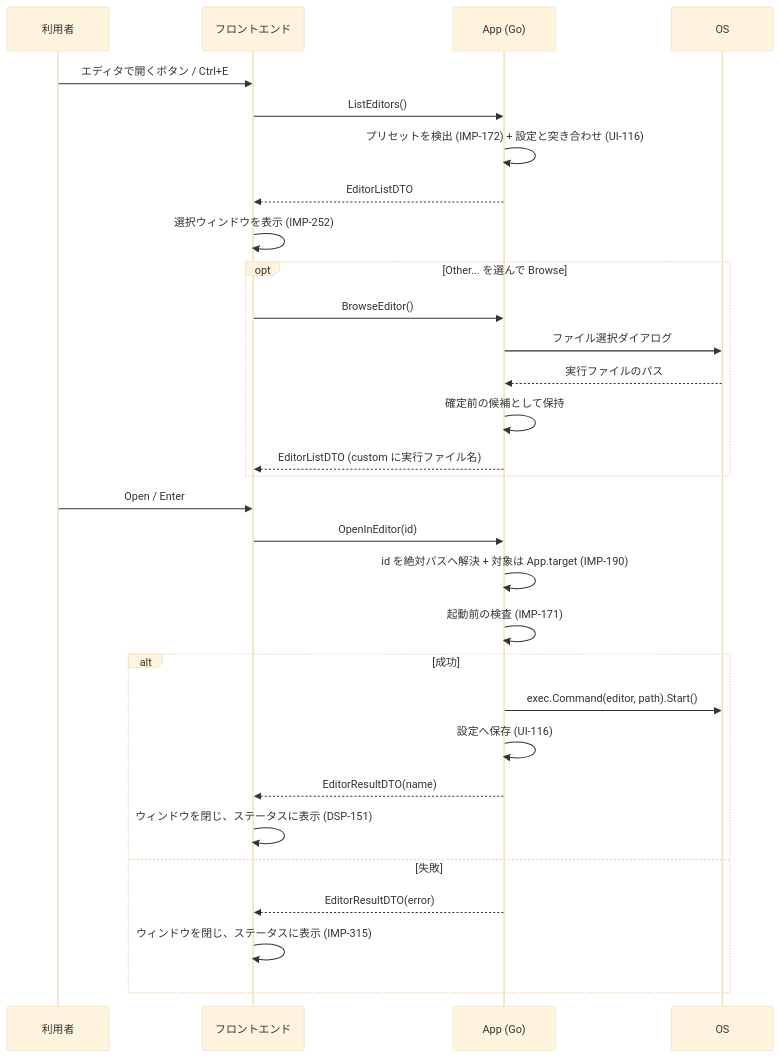
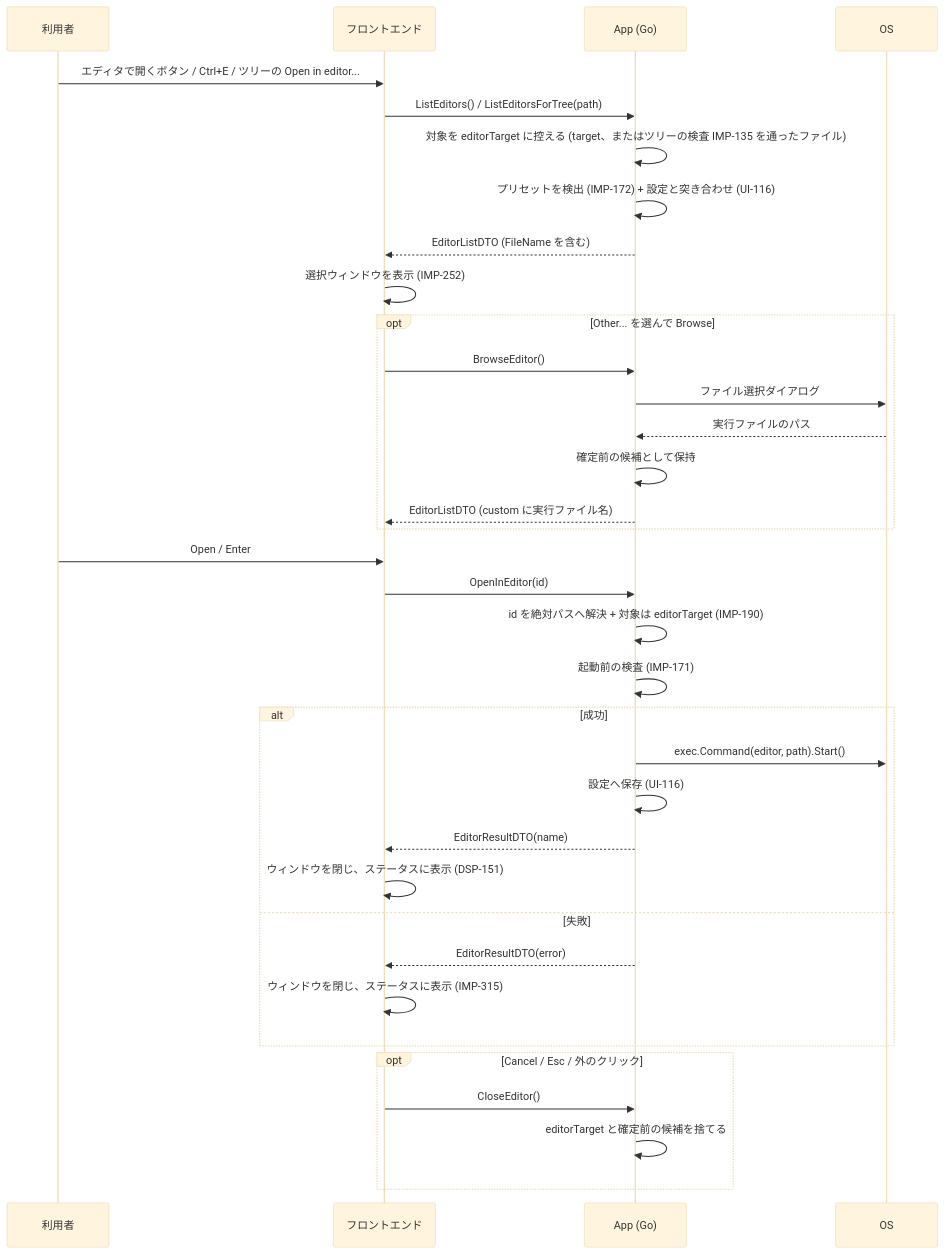
The third of 4 diagrams in docs/specs/13-impl-interface.md (kznagamori/go_MarkView), drawn with Mermaid (base theme) before and after one commit. The commit also changed other lines of this file and 11 other files, not shown here.

````diff
--- a/docs/specs/13-impl-interface.md
+++ b/docs/specs/13-impl-interface.md
@@ -523,33 +646,38 @@
 ```mermaid
 sequenceDiagram
     participant U as 利用者
     participant FE as フロントエンド
     participant APP as App (Go)
     participant OS as OS
 
-    U->>FE: エディタで開くボタン / Ctrl+E
-    FE->>APP: ListEditors()
+    U->>FE: エディタで開くボタン / Ctrl+E / ツリーの Open in editor...
+    FE->>APP: ListEditors() / ListEditorsForTree(path)
+    APP->>APP: 対象を editorTarget に控える (target、またはツリーの検査 IMP-135 を通ったファイル)
     APP->>APP: プリセットを検出 (IMP-172) + 設定と突き合わせ (UI-116)
-    APP-->>FE: EditorListDTO
+    APP-->>FE: EditorListDTO (FileName を含む)
     FE->>FE: 選択ウィンドウを表示 (IMP-252)
     opt Other... を選んで Browse
         FE->>APP: BrowseEditor()
         APP->>OS: ファイル選択ダイアログ
         OS-->>APP: 実行ファイルのパス
         APP->>APP: 確定前の候補として保持
         APP-->>FE: EditorListDTO (custom に実行ファイル名)
     end
     U->>FE: Open / Enter
     FE->>APP: OpenInEditor(id)
-    APP->>APP: id を絶対パスへ解決 + 対象は App.target (IMP-190)
+    APP->>APP: id を絶対パスへ解決 + 対象は editorTarget (IMP-190)
     APP->>APP: 起動前の検査 (IMP-171)
     alt 成功
         APP->>OS: exec.Command(editor, path).Start()
         APP->>APP: 設定へ保存 (UI-116)
         APP-->>FE: EditorResultDTO(name)
         FE->>FE: ウィンドウを閉じ、ステータスに表示 (DSP-151)
     else 失敗
         APP-->>FE: EditorResultDTO(error)
         FE->>FE: ウィンドウを閉じ、ステータスに表示 (IMP-315)
     end
+    opt Cancel / Esc / 外のクリック
+        FE->>APP: CloseEditor()
+        APP->>APP: editorTarget と確定前の候補を捨てる
+    end
 ```
````
